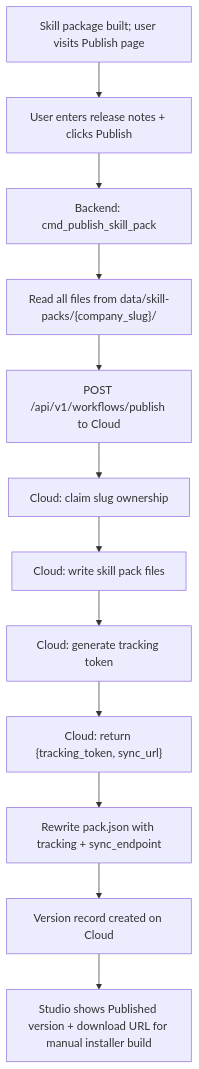
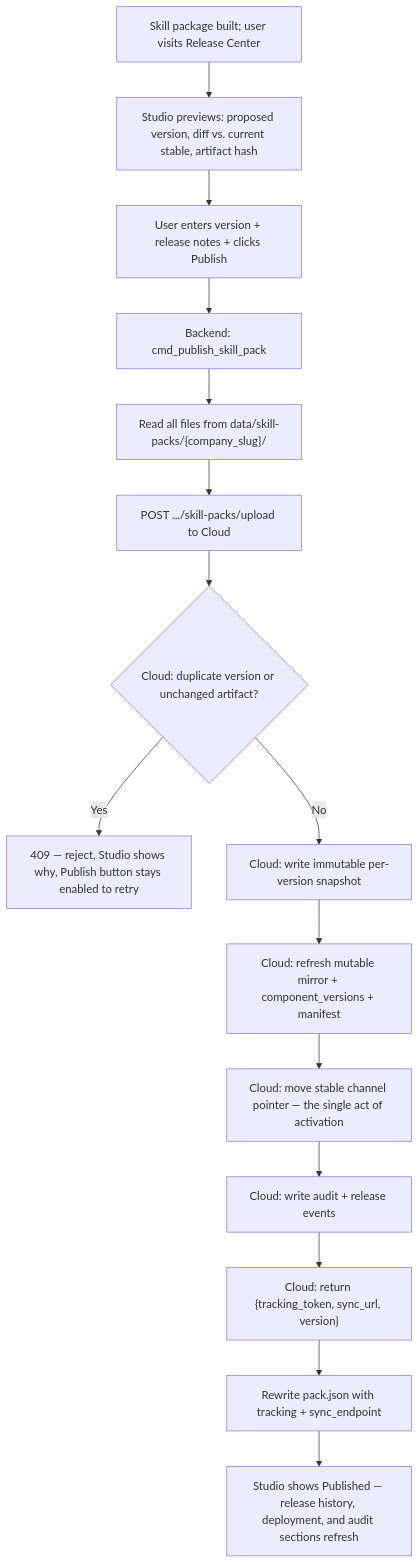
The ninth of 19 diagrams in docs/App-Flow.md (Cannonbold2412/CONXA), drawn with Mermaid before and after one commit. The commit also changed other lines of this file and 47 other files, not shown here.

````diff
--- a/docs/App-Flow.md
+++ b/docs/App-Flow.md
@@ -361,14 +366,17 @@
 ```mermaid
 flowchart TD
-    A[Skill package built; user visits Publish page] --> B[User enters release notes + clicks Publish]
+    A[Skill package built; user visits Release Center] --> A2["Studio previews: proposed version, diff vs. current stable, artifact hash"]
+    A2 --> B[User enters version + release notes + clicks Publish]
     B --> C[Backend: cmd_publish_skill_pack]
     C --> D["Read all files from data/skill-packs/{company_slug}/"]
-    D --> E["POST /api/v1/workflows/publish to Cloud"]
-    E --> F[Cloud: claim slug ownership]
-    F --> G[Cloud: write skill pack files]
-    G --> H[Cloud: generate tracking token]
-    H --> I["Cloud: return {tracking_token, sync_url}"]
-    I --> J[Rewrite pack.json with tracking + sync_endpoint]
-    J --> K[Version record created on Cloud]
-    K --> L[Studio shows Published version + download URL for manual installer build]
+    D --> E["POST .../skill-packs/upload to Cloud"]
+    E --> F{Cloud: duplicate version or unchanged artifact?}
+    F -->|Yes| F2[409 — reject, Studio shows why, Publish button stays enabled to retry]
+    F -->|No| G["Cloud: write immutable per-version snapshot"]
+    G --> H["Cloud: refresh mutable mirror + component_versions + manifest"]
+    H --> I["Cloud: move stable channel pointer — the single act of activation"]
+    I --> J[Cloud: write audit + release events]
+    J --> K["Cloud: return {tracking_token, sync_url, version}"]
+    K --> L[Rewrite pack.json with tracking + sync_endpoint]
+    L --> M[Studio shows Published — release history, deployment, and audit sections refresh]
 ```
````
